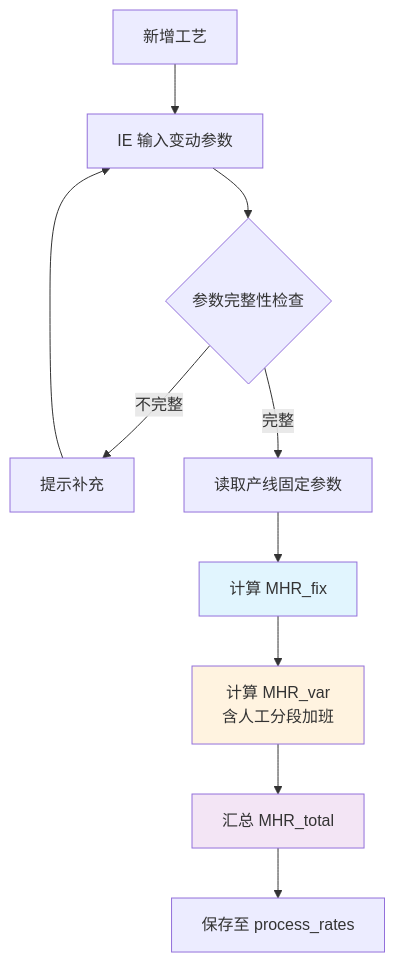
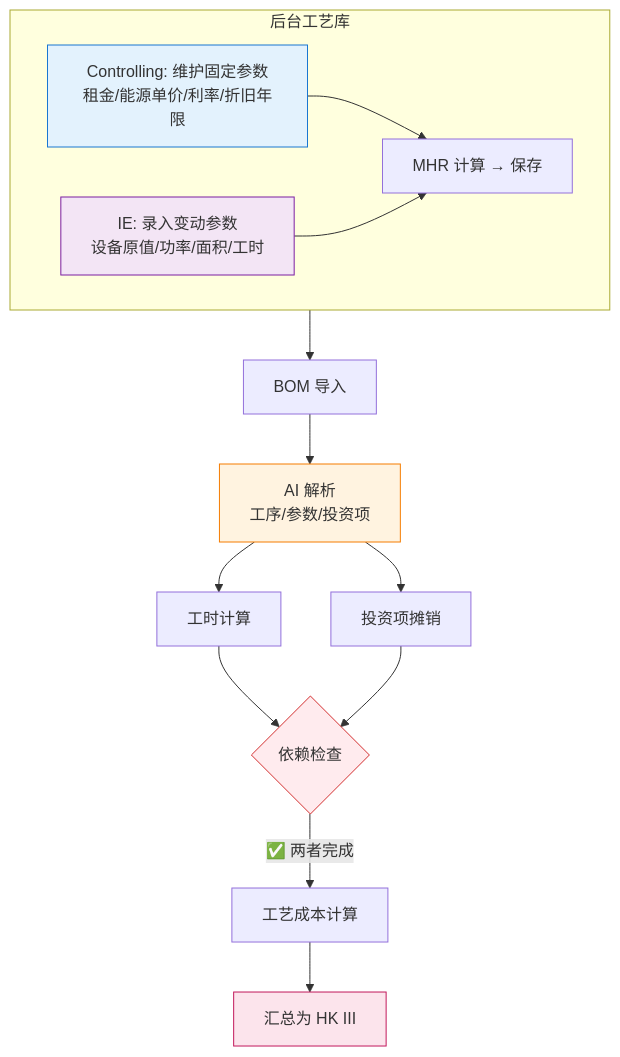
One commit to randyluo85/Quoting-Copilot changed the diagram in docs/工艺成本计算逻辑.md. Above: the diagram before and after it, drawn with Mermaid. The commit also changed other lines of this file, not shown here.

````diff
--- a/docs/工艺成本计算逻辑.md
+++ b/docs/工艺成本计算逻辑.md
@@ -1093,16 +96,33 @@
 ```mermaid
 flowchart TD
-    A[新增工艺] --> B[IE 输入变动参数]
-    B --> C{参数完整性检查}
-    C -->|不完整| D[提示补充]
-    D --> B
-    C -->|完整| E[读取产线固定参数]
-    E --> F[计算 MHR_fix]
-    F --> G[计算 MHR_var<br/>含人工分段加班]
-    G --> H[汇总 MHR_total]
-    H --> I[保存至 process_rates]
+    %% 后台工艺库（项目独立）
+    subgraph Backend["后台工艺库"]
+        C[Controlling: 维护固定参数<br/>租金/能源单价/利率/折旧年限]
+        I[IE: 录入变动参数<br/>设备原值/功率/面积/工时]
+        MHR[MHR 计算 → 保存]
+        C --> MHR
+        I --> MHR
+    end
 
-    style F fill:#e1f5fe
-    style G fill:#fff3e0
-    style H fill:#f3e5f5
+    %% 项目流程
+    Backend --> BOM[BOM 导入]
+    BOM --> AI[AI 解析<br/>工序/参数/投资项]
+
+    %% 并行计算
+    AI --> TIME[工时计算]
+    AI --> INV[投资项摊销]
+
+    %% 依赖等待
+    TIME --> WAIT{依赖检查}
+    INV --> WAIT
+
+    %% 最终计算
+    WAIT -->|✅ 两者完成| COST[工艺成本计算]
+    COST --> SUM[汇总为 HK III]
+
+    style C fill:#e3f2fd,stroke:#1976d2
+    style I fill:#f3e5f5,stroke:#7b1fa2
+    style AI fill:#fff3e0,stroke:#f57c00
+    style WAIT fill:#ffebee,stroke:#d32f2f
+    style SUM fill:#fce4ec,stroke:#c2185b
 ```
````
